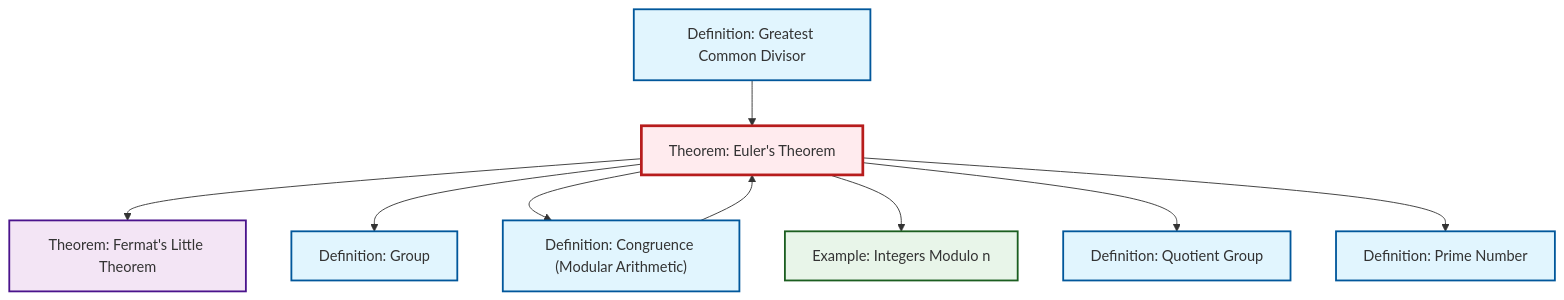
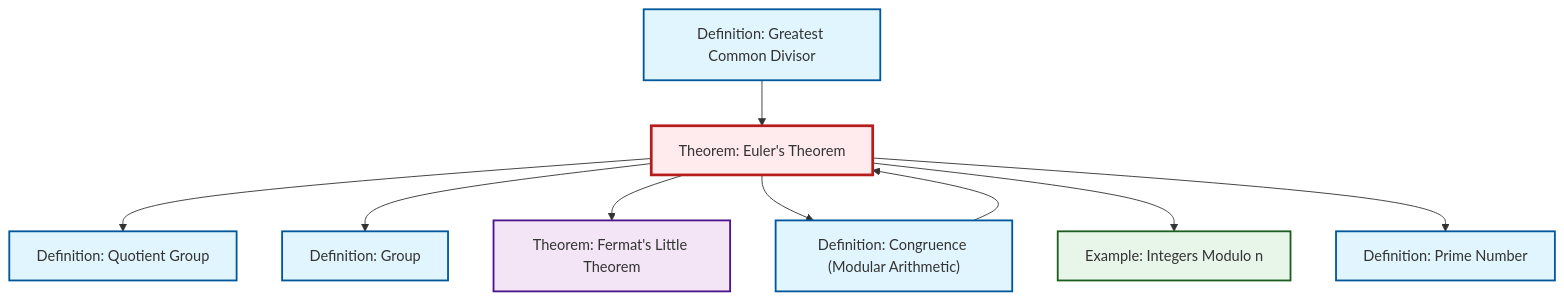
Before and after one commit to RK0429/ModernMath: the diagram in content/ja/number-theory/thm-euler.qmd, drawn with Mermaid. The commit also changed other lines of this file and 654 other files, not shown here.

````diff
--- a/content/ja/number-theory/thm-euler.qmd
+++ b/content/ja/number-theory/thm-euler.qmd
@@ -53,33 +53,33 @@
 ```{mermaid}
 %%| fig-cap: "Local dependency graph"
 graph TD
     classDef definition fill:#e1f5fe,stroke:#01579b,stroke-width:2px
     classDef theorem fill:#f3e5f5,stroke:#4a148c,stroke-width:2px
     classDef axiom fill:#fff3e0,stroke:#e65100,stroke-width:2px
     classDef example fill:#e8f5e9,stroke:#1b5e20,stroke-width:2px
     classDef current fill:#ffebee,stroke:#b71c1c,stroke-width:3px
+    thm-fermat-little["Theorem: Fermat's Little Theorem"]:::theorem
+    def-gcd["Definition: Greatest Common Divisor"]:::definition
     def-group["Definition: Group"]:::definition
-    def-gcd["Definition: Greatest Common Divisor"]:::definition
+    def-quotient-group["Definition: Quotient Group"]:::definition
     thm-euler["Theorem: Euler's Theorem"]:::theorem
-    thm-fermat-little["Theorem: Fermat's Little Theorem"]:::theorem
-    def-quotient-group["Definition: Quotient Group"]:::definition
+    def-prime["Definition: Prime Number"]:::definition
     def-congruence["Definition: Congruence (Modular Arithmetic)"]:::definition
     ex-quotient-integers-mod-n["Example: Integers Modulo n"]:::example
-    def-prime["Definition: Prime Number"]:::definition
+    thm-euler --> def-quotient-group
+    def-congruence --> thm-euler
+    thm-euler --> def-group
     thm-euler --> thm-fermat-little
-    thm-euler --> def-group
     thm-euler --> def-congruence
     thm-euler --> ex-quotient-integers-mod-n
+    thm-euler --> def-prime
     def-gcd --> thm-euler
-    thm-euler --> def-quotient-group
-    thm-euler --> def-prime
-    def-congruence --> thm-euler
     class thm-euler current
+    click thm-fermat-little "thm-fermat-little.html" "Theorem: Fermat's Little Theoremへ"
+    click def-gcd "def-gcd.html" "Definition: Greatest Common Divisorへ"
     click def-group "def-group.html" "Definition: Groupへ"
-    click def-gcd "def-gcd.html" "Definition: Greatest Common Divisorへ"
-    click thm-fermat-little "thm-fermat-little.html" "Theorem: Fermat's Little Theoremへ"
     click def-quotient-group "def-quotient-group.html" "Definition: Quotient Groupへ"
+    click def-prime "def-prime.html" "Definition: Prime Numberへ"
     click def-congruence "def-congruence.html" "Definition: Congruence (Modular Arithmetic)へ"
     click ex-quotient-integers-mod-n "ex-quotient-integers-mod-n.html" "Example: Integers Modulo nへ"
-    click def-prime "def-prime.html" "Definition: Prime Numberへ"
 ```
````
